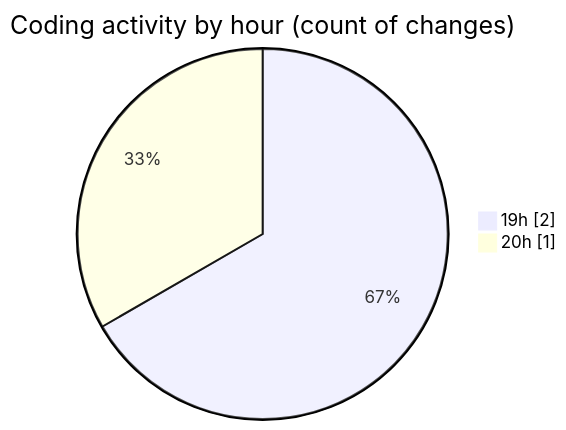
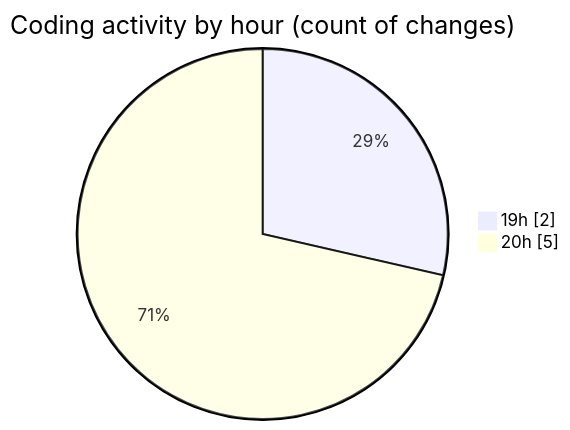
One commit to Elitesun/code-tracking changed the second of 2 diagrams in 2025-01-29/react/README.md. Above: the diagram before and after it, drawn with Mermaid. The commit also changed other lines of this file and 1 other file, not shown here.

````diff
--- a/2025-01-29/react/README.md
+++ b/2025-01-29/react/README.md
@@ -29,6 +31,6 @@
 ```mermaid
 pie showData
 title Coding activity by hour (count of changes)
 "19h" : 2
-"20h" : 1
+"20h" : 5
 ```
````
